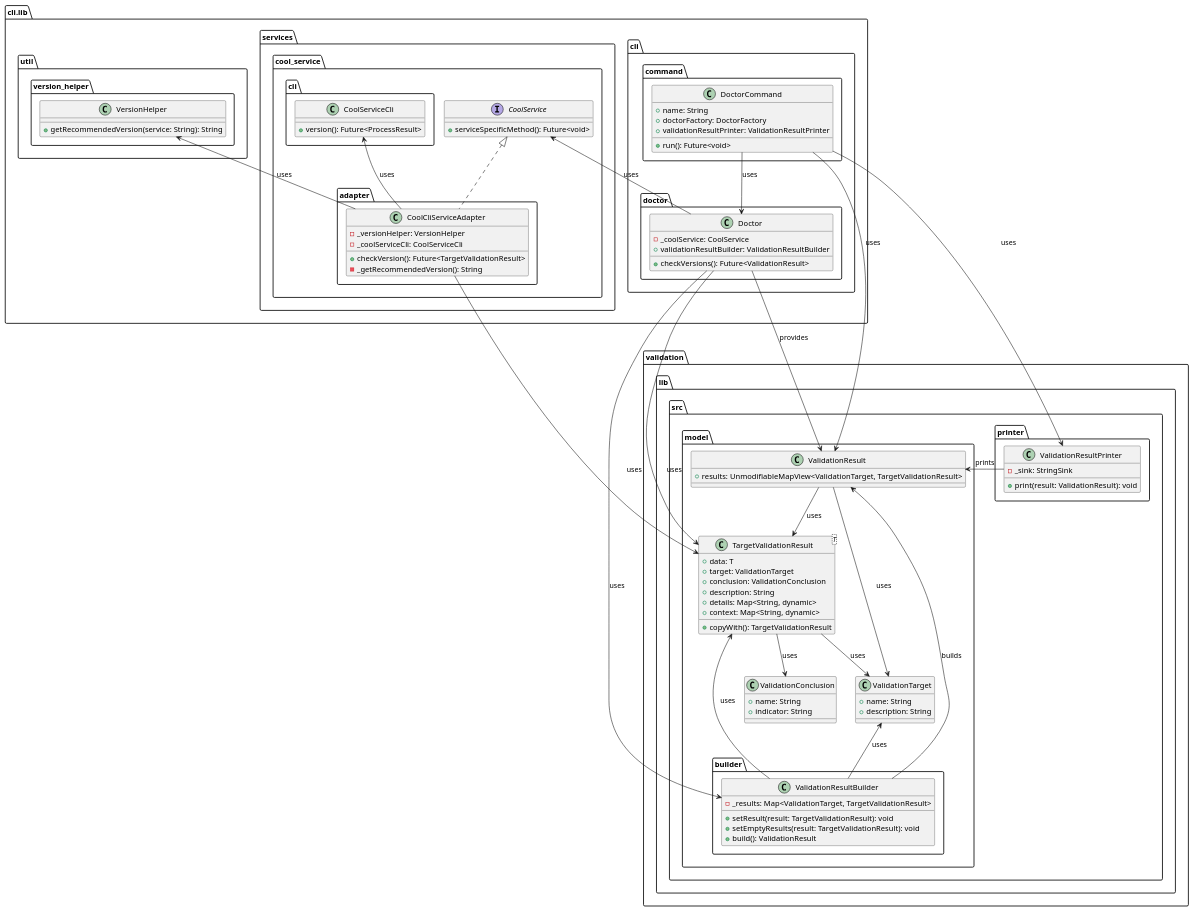
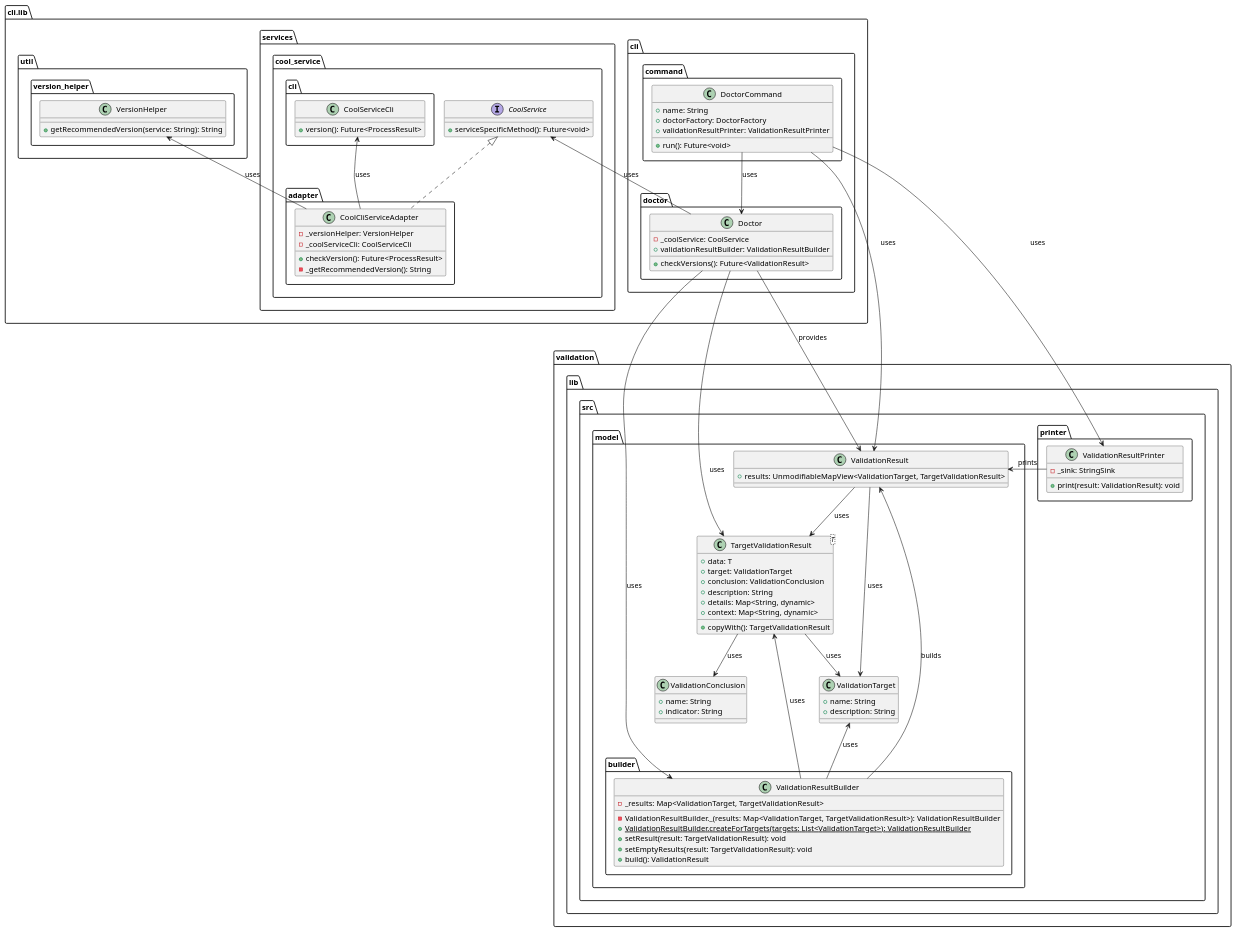
The diagram in metrics/cli/docs/features/doctor_output_improvements/diagrams/doctor_output_improvements_class_diagram.puml (Flank/flank-dashboard), drawn with PlantUML before and after one commit. The commit also changed 3 other files, not shown here.

```diff
--- a/metrics/cli/docs/features/doctor_output_improvements/diagrams/doctor_output_improvements_class_diagram.puml
+++ b/metrics/cli/docs/features/doctor_output_improvements/diagrams/doctor_output_improvements_class_diagram.puml
@@ -1,129 +1,130 @@
 @startuml doctor_output_improvements_class_diagram
 
 package cli.lib as cli_lib {
     package cli {
         package command {
             class DoctorCommand {
                 + name: String
                 + doctorFactory: DoctorFactory
                 + validationResultPrinter: ValidationResultPrinter
 
                 + run(): Future<void>
             }
         }
 
         package doctor {
             class Doctor {
                 - _coolService: CoolService
                 + validationResultBuilder: ValidationResultBuilder
 
                 + checkVersions(): Future<ValidationResult>
             }
         }
     }
 
     package services {
         package cool_service {
             package adapter {
                 class CoolCliServiceAdapter {
                     - _versionHelper: VersionHelper
                     - _coolServiceCli: CoolServiceCli
 
-                    + checkVersion(): Future<TargetValidationResult>
+                    + checkVersion(): Future<ProcessResult>
                     - _getRecommendedVersion(): String
                 }
             }
 
             package cli as cool_service_cli {
                 class CoolServiceCli {
                     + version(): Future<ProcessResult>
                 }
             }
 
             interface CoolService {
                 + serviceSpecificMethod(): Future<void>
             }
         }
     }
 
     package util.version_helper {
         class VersionHelper {
             + getRecommendedVersion(service: String): String
         }
     }
 }
 
 package validation.lib.src {
     package model {
         package builder {
             class ValidationResultBuilder {
                 - _results: Map<ValidationTarget, TargetValidationResult>
 
+                - ValidationResultBuilder._(results: Map<ValidationTarget, TargetValidationResult>): ValidationResultBuilder
+                + {static} ValidationResultBuilder.createForTargets(targets: List<ValidationTarget>): ValidationResultBuilder
                 + setResult(result: TargetValidationResult): void
                 + setEmptyResults(result: TargetValidationResult): void
                 + build(): ValidationResult
             }
         }
 
         class ValidationTarget {
             + name: String
             + description: String
         }
 
         class ValidationConclusion {
             + name: String
             + indicator: String
         }
 
         class TargetValidationResult<T> {
             + data: T
             + target: ValidationTarget
             + conclusion: ValidationConclusion
             + description: String
             + details: Map<String, dynamic>
             + context: Map<String, dynamic>
 
             + copyWith(): TargetValidationResult
         }
 
         class ValidationResult{
             + results: UnmodifiableMapView<ValidationTarget, TargetValidationResult>
         }
     }
 
     package printer {
         class ValidationResultPrinter{
             - _sink: StringSink
 
             + print(result: ValidationResult): void
         }
     }
 }
 
 TargetValidationResult --> ValidationTarget : uses
 TargetValidationResult --> ValidationConclusion : uses
 
 ValidationResult --> TargetValidationResult : uses
 ValidationResult --> ValidationTarget : uses
 
 ValidationResultBuilder -up-> ValidationResult : builds
 ValidationResultBuilder -up-> ValidationTarget : uses
 ValidationResultBuilder -up-> TargetValidationResult : uses
 
 ValidationResultPrinter -left-> ValidationResult : prints
 
 DoctorCommand --> ValidationResultPrinter : uses
 DoctorCommand --> Doctor : uses
 DoctorCommand --> ValidationResult : uses
 
 Doctor --> ValidationResultBuilder : uses
 Doctor --> ValidationResult : provides
 Doctor --> TargetValidationResult : uses
 Doctor -up-> CoolService : uses
 
 CoolCliServiceAdapter .up.|> CoolService
 CoolCliServiceAdapter -up-> CoolServiceCli : uses
 CoolCliServiceAdapter -up-> VersionHelper : uses
-CoolCliServiceAdapter --> TargetValidationResult : uses
 
 @enduml
```
